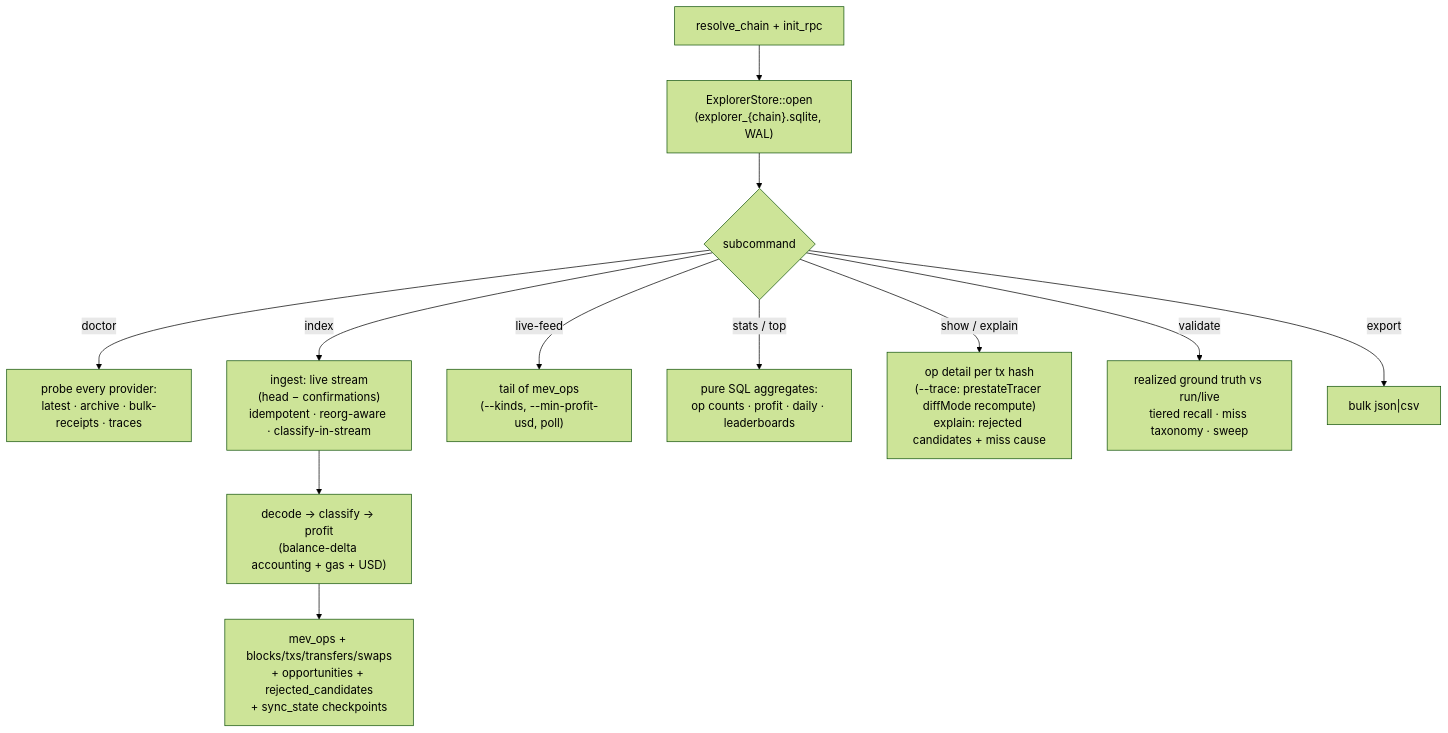
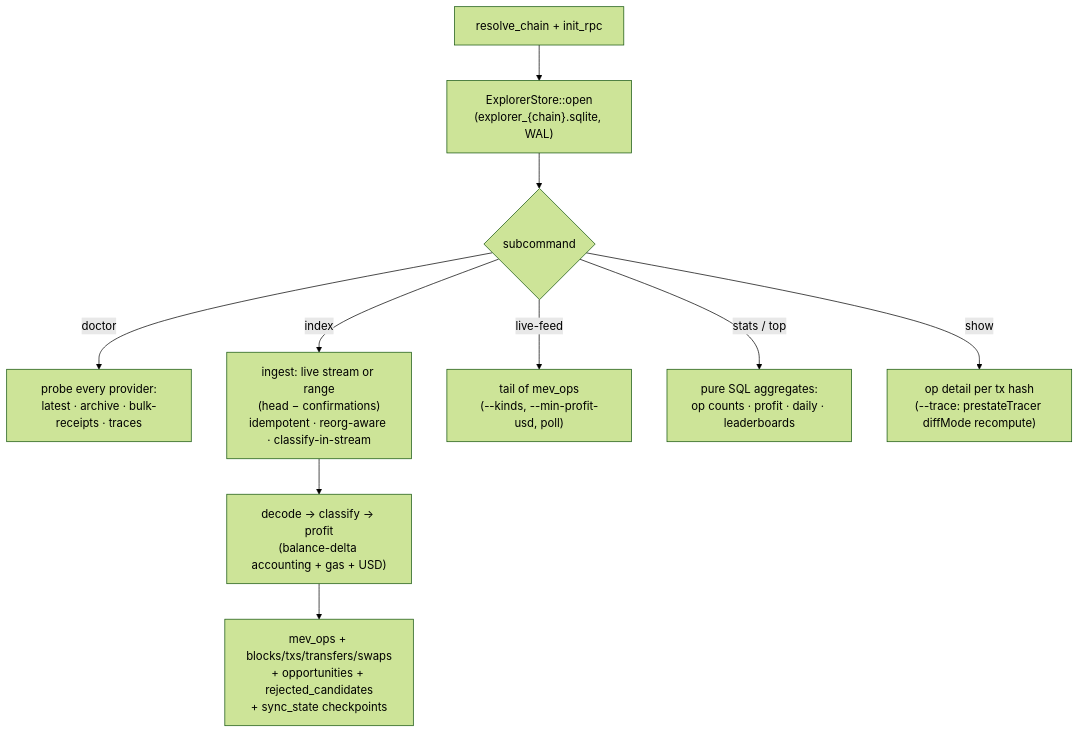
Diagram 14 of 14 in docs/ARCHITECTURE.md (moha-moradi/mev-scout), drawn with Mermaid (forest theme) before and after one commit. The commit also changed other lines of this file and 26 other files, not shown here.

````diff
--- a/docs/ARCHITECTURE.md
+++ b/docs/ARCHITECTURE.md
@@ -563,14 +562,12 @@
 ```mermaid
 flowchart TB
     A["resolve_chain + init_rpc"] --> B["ExplorerStore::open<br/>(explorer_{chain}.sqlite, WAL)"]
     B --> C{"subcommand"}
     C -- doctor --> D["probe every provider:<br/>latest · archive · bulk-receipts · traces"]
-    C -- index --> E["ingest: live stream<br/>(head − confirmations)<br/>idempotent · reorg-aware · classify-in-stream"]
+    C -- index --> E["ingest: live stream or range<br/>(head − confirmations)<br/>idempotent · reorg-aware · classify-in-stream"]
     E --> F["decode → classify → profit<br/>(balance-delta accounting + gas + USD)"]
     C -- "live-feed" --> G["tail of mev_ops<br/>(--kinds, --min-profit-usd, poll)"]
     C -- "stats / top" --> H["pure SQL aggregates:<br/>op counts · profit · daily · leaderboards"]
-    C -- "show / explain" --> I["op detail per tx hash<br/>(--trace: prestateTracer diffMode recompute)<br/>explain: rejected candidates + miss cause"]
-    C -- validate --> J["realized ground truth vs run/live<br/>tiered recall · miss taxonomy · sweep"]
-    C -- export --> K["bulk json|csv"]
+    C -- show --> I["op detail per tx hash<br/>(--trace: prestateTracer diffMode recompute)"]
     F --> L["mev_ops + blocks/txs/transfers/swaps<br/>+ opportunities + rejected_candidates<br/>+ sync_state checkpoints"]
 ```
````
